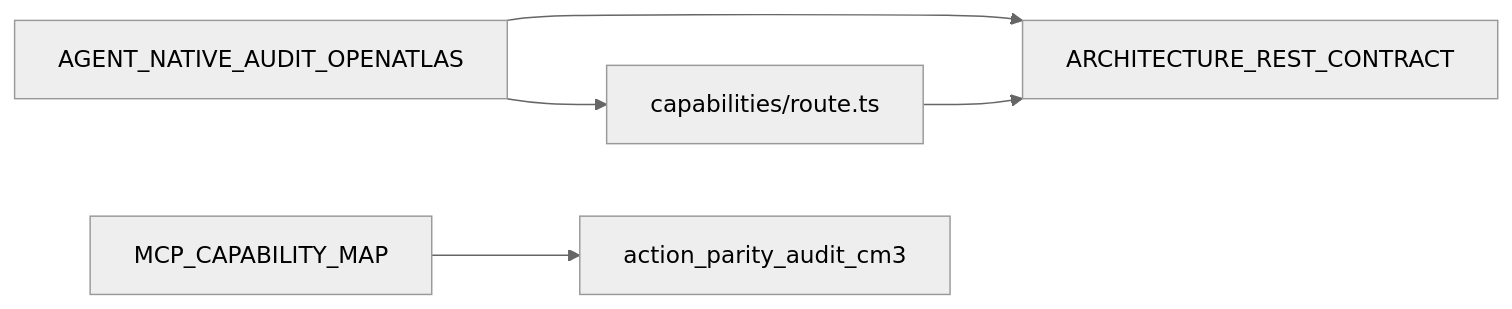
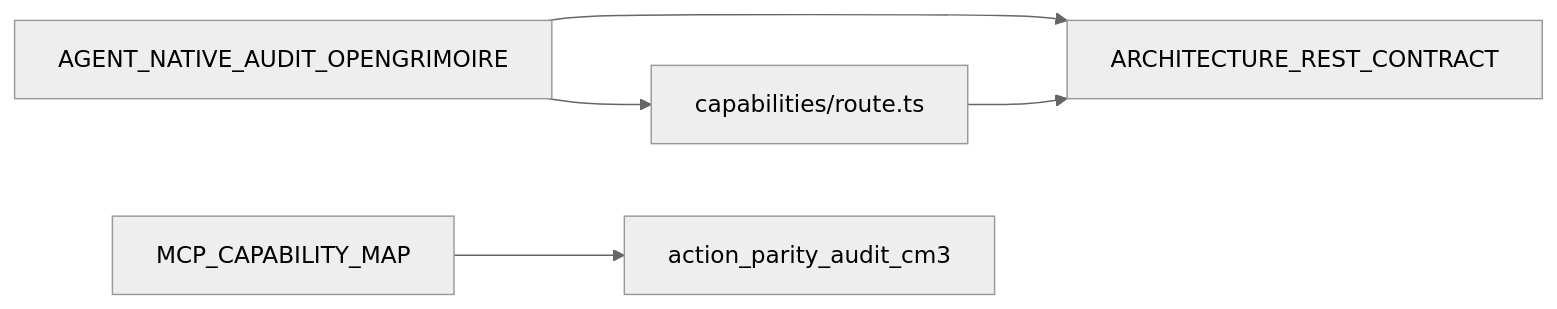
The diagram in .cursor/plans/action_parity_grep_starter_6b32988d.plan.md (ManintheCrowds/media-ops-platform), drawn with Mermaid (neutral theme) before and after one commit. The commit also changed other lines of this file and 40 other files, not shown here.

````diff
--- a/.cursor/plans/action_parity_grep_starter_6b32988d.plan.md
+++ b/.cursor/plans/action_parity_grep_starter_6b32988d.plan.md
@@ -138,12 +138,12 @@
 ```mermaid
 flowchart LR
-  audit[AGENT_NATIVE_AUDIT_OPENATLAS]
+  audit[AGENT_NATIVE_AUDIT_OPENGRIMOIRE]
   capRoute[capabilities/route.ts]
   rest[ARCHITECTURE_REST_CONTRACT]
   mcpMap[MCP_CAPABILITY_MAP]
   cm3[action_parity_audit_cm3]
   audit --> rest
   audit --> capRoute
   mcpMap --> cm3
   capRoute --> rest
 ```
````
